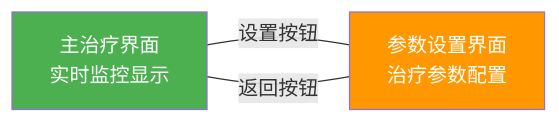
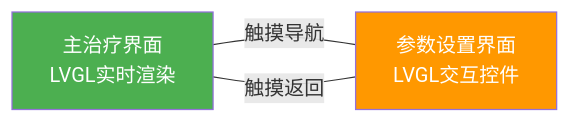
One commit to Owen1B/PressureCare changed the fourth of 7 diagrams in README.md. Above: the diagram before and after it, drawn with Mermaid. The commit also changed other lines of this file and 2 other files, not shown here.

````diff
--- a/README.md
+++ b/README.md
@@ -144,11 +146,11 @@
 ```mermaid
 graph LR
-    A[主治疗界面<br/>实时监控显示]
-    B[参数设置界面<br/>治疗参数配置]
+    A[主治疗界面<br/>LVGL实时渲染]
+    B[参数设置界面<br/>LVGL交互控件]
     
-    A ---|设置按钮| B
-    B ---|返回按钮| A
+    A ---|触摸导航| B
+    B ---|触摸返回| A
     
     style A fill:#4CAF50,color:#fff
     style B fill:#FF9800,color:#fff
 ```
````
